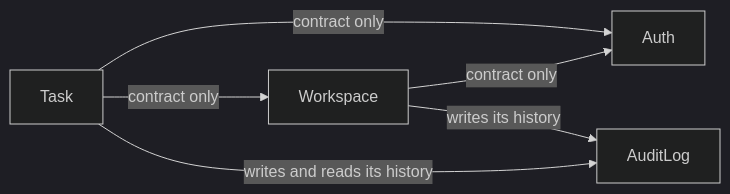
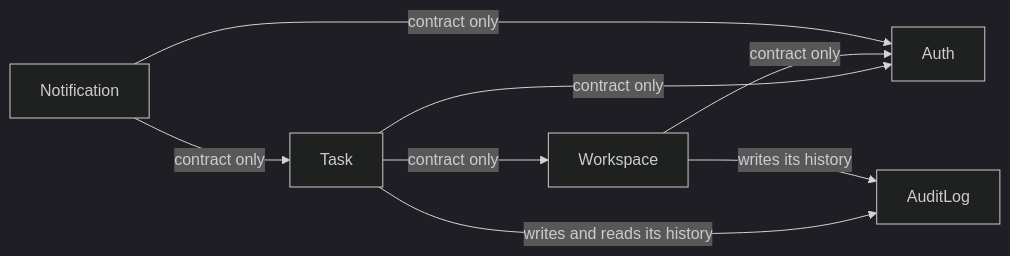
The first of 2 diagrams in README.md (NikitaSomik/symfony-todo-app), drawn with Mermaid (dark theme) before and after one commit. The commit also changed other lines of this file and 20 other files, not shown here.

Commit message:
feat(notification): tell the assignee by email that a task is theirs (#87)

````diff
--- a/README.md
+++ b/README.md
@@ -74,8 +77,10 @@
 ```mermaid
 flowchart LR
     Task -->|contract only| Auth
     Task -->|contract only| Workspace
     Task -->|writes and reads its history| AuditLog
     Workspace -->|contract only| Auth
     Workspace -->|writes its history| AuditLog
+    Notification -->|contract only| Task
+    Notification -->|contract only| Auth
 ```
````
